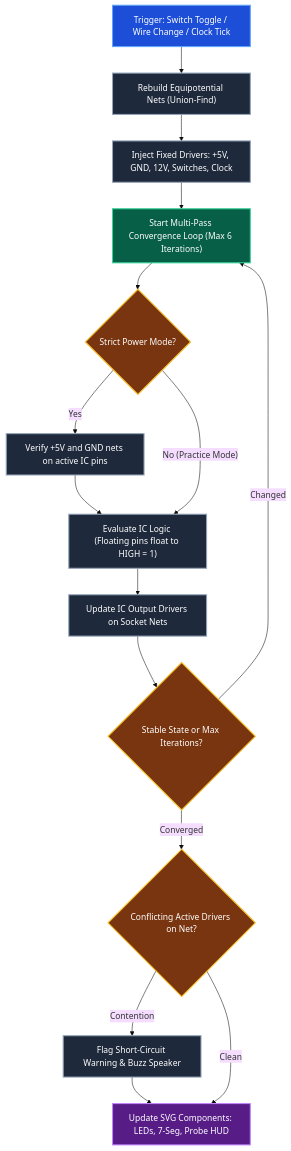
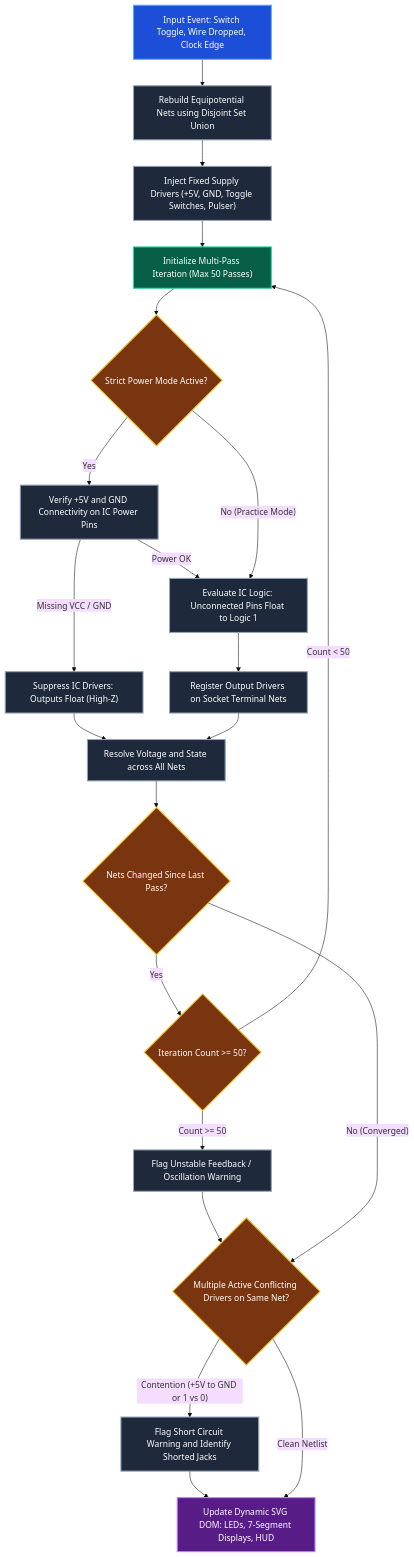
Before and after one commit to AdityaSurse/DS-simulations: the third of 7 diagrams in README.md, drawn with Mermaid (base theme). The commit also changed other lines of this file, not shown here.

Commit message:
docs: remove emojis and structure README with comprehensive technical flowcharts

````diff
--- a/README.md
+++ b/README.md
@@ -135,31 +110,40 @@
 ```mermaid
 flowchart TD
     classDef trigger fill:#1d4ed8,stroke:#60a5fa,stroke-width:2px,color:#ffffff;
     classDef process fill:#1e293b,stroke:#94a3b8,stroke-width:2px,color:#ffffff;
     classDef loop fill:#065f46,stroke:#34d399,stroke-width:2px,color:#ffffff;
     classDef decision fill:#78350f,stroke:#fbbf24,stroke-width:2px,color:#ffffff;
     classDef out fill:#581c87,stroke:#c084fc,stroke-width:2px,color:#ffffff;
 
-    Trigger["Trigger: Switch Toggle / Wire Change / Clock Tick"]:::trigger
-    BuildDSU["Rebuild Equipotential Nets (Union-Find)"]:::process
-    ApplyRails["Inject Fixed Drivers: +5V, GND, 12V, Switches, Clock"]:::process
-    IterStart["Start Multi-Pass Convergence Loop (Max 6 Iterations)"]:::loop
-    CheckStrict{"Strict Power Mode?"}:::decision
-    VerifyPwr["Verify +5V and GND nets on active IC pins"]:::process
-    EvalGates["Evaluate IC Logic (Floating pins float to HIGH = 1)"]:::process
-    DriveNets["Update IC Output Drivers on Socket Nets"]:::process
-    CheckConv{"Stable State or Max Iterations?"}:::decision
-    CheckShorts{"Conflicting Active Drivers on Net?"}:::decision
-    RaiseAlarm["Flag Short-Circuit Warning & Buzz Speaker"]:::process
-    RenderBoard["Update SVG Components: LEDs, 7-Seg, Probe HUD"]:::out
+    Trigger["Input Event: Switch Toggle, Wire Dropped, Clock Edge"]:::trigger
+    BuildDSU["Rebuild Equipotential Nets using Disjoint Set Union"]:::process
+    ApplyFixed["Inject Fixed Supply Drivers (+5V, GND, Toggle Switches, Pulser)"]:::process
+    IterStart["Initialize Multi-Pass Iteration (Max 50 Passes)"]:::loop
+    CheckStrict{"Strict Power Mode Active?"}:::decision
+    CheckRails["Verify +5V and GND Connectivity on IC Power Pins"]:::process
+    FloatOutputs["Suppress IC Drivers: Outputs Float (High-Z)"]:::process
+    EvalLogic["Evaluate IC Logic: Unconnected Pins Float to Logic 1"]:::process
+    AddDrivers["Register Output Drivers on Socket Terminal Nets"]:::process
+    ResolveNets["Resolve Voltage and State across All Nets"]:::process
+    CheckConv{"Nets Changed Since Last Pass?"}:::decision
+    CheckOsc{"Iteration Count >= 50?"}:::decision
+    FlagOsc["Flag Unstable Feedback / Oscillation Warning"]:::process
+    CheckShorts{"Multiple Active Conflicting Drivers on Same Net?"}:::decision
+    FlagShort["Flag Short Circuit Warning and Identify Shorted Jacks"]:::process
+    UpdateDOM["Update Dynamic SVG DOM: LEDs, 7-Segment Displays, HUD"]:::out
 
-    Trigger --> BuildDSU --> ApplyRails --> IterStart
+    Trigger --> BuildDSU --> ApplyFixed --> IterStart
     IterStart --> CheckStrict
-    CheckStrict -- Yes --> VerifyPwr --> EvalGates
-    CheckStrict -- No (Practice Mode) --> EvalGates
-    EvalGates --> DriveNets --> CheckConv
-    CheckConv -- "Changed" --> IterStart
-    CheckConv -- "Converged" --> CheckShorts
-    CheckShorts -- "Contention" --> RaiseAlarm --> RenderBoard
-    CheckShorts -- "Clean" --> RenderBoard
+    CheckStrict -- "Yes" --> CheckRails
+    CheckRails -- "Missing VCC / GND" --> FloatOutputs --> ResolveNets
+    CheckRails -- "Power OK" --> EvalLogic
+    CheckStrict -- "No (Practice Mode)" --> EvalLogic
+    EvalLogic --> AddDrivers --> ResolveNets
+    ResolveNets --> CheckConv
+    CheckConv -- "Yes" --> CheckOsc
+    CheckOsc -- "Count < 50" --> IterStart
+    CheckOsc -- "Count >= 50" --> FlagOsc --> CheckShorts
+    CheckConv -- "No (Converged)" --> CheckShorts
+    CheckShorts -- "Contention (+5V to GND or 1 vs 0)" --> FlagShort --> UpdateDOM
+    CheckShorts -- "Clean Netlist" --> UpdateDOM
 ```
````
